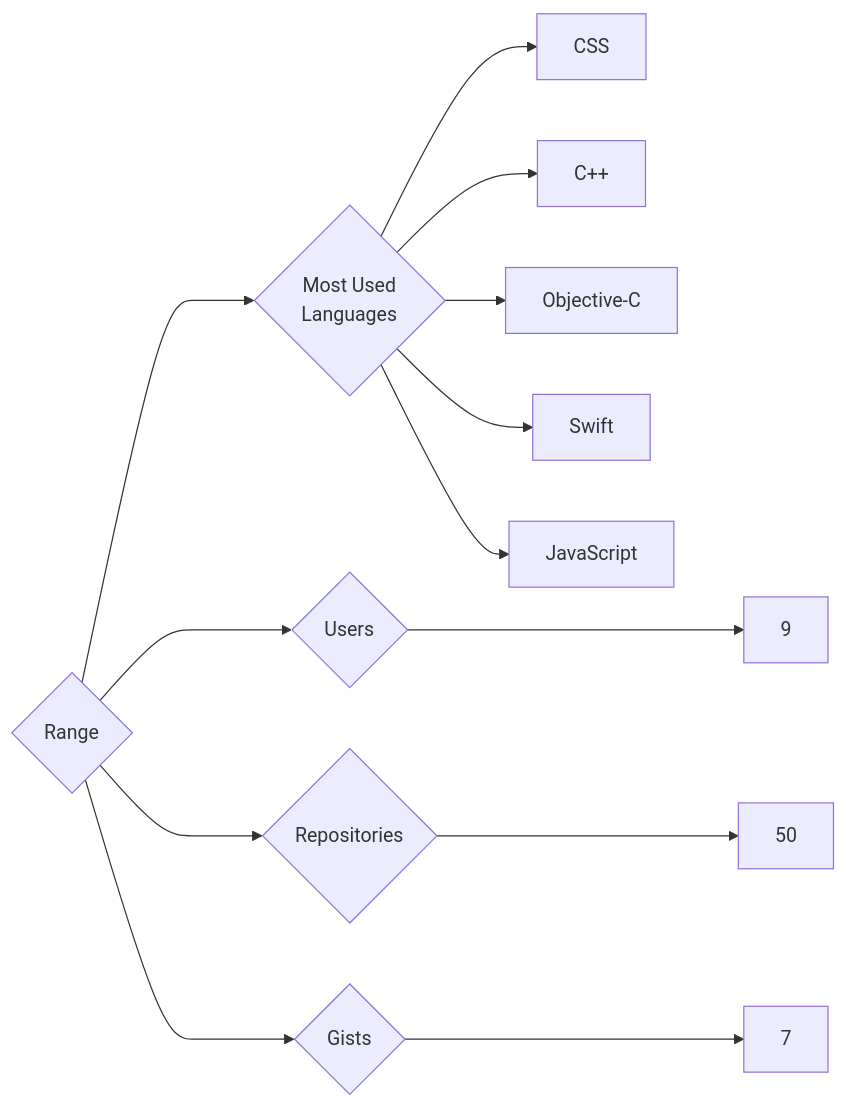
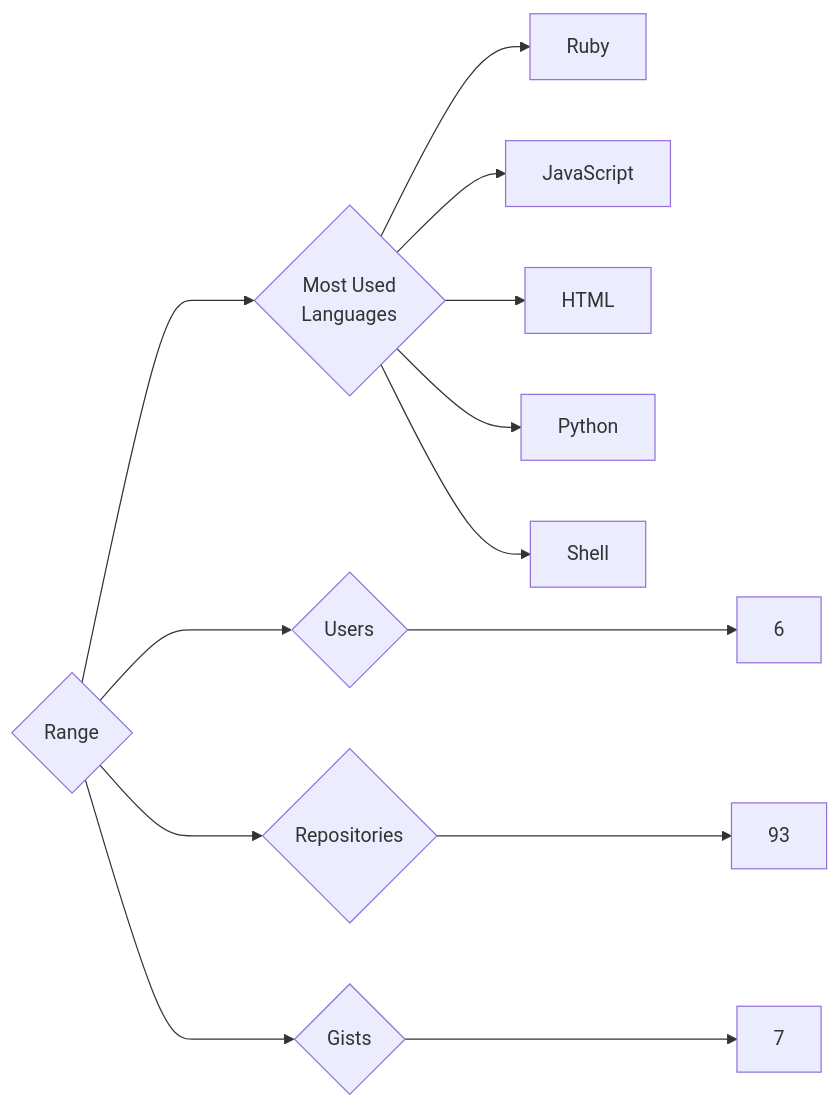
One commit to trickest/insiders changed the diagram in targets/Range/README.md. Above: the diagram before and after it, drawn with Mermaid. The commit also changed 1248 other files, not shown here.

````diff
--- a/targets/Range/README.md
+++ b/targets/Range/README.md
@@ -3,13 +3,13 @@
 ```mermaid
 graph LR
 COMPANY_NAME{Range}
-COMPANY_NAME ---> U{Users} ---> UN[9]
-COMPANY_NAME ---> R{Repositories} ---> RN[50]
+COMPANY_NAME ---> U{Users} ---> UN[6]
+COMPANY_NAME ---> R{Repositories} ---> RN[93]
 COMPANY_NAME ---> G{Gists} ---> GN[7]
 COMPANY_NAME ---> ML{Most Used<br>Languages}
-ML --> CSS[CSS]
-ML --> C++[C++]
-ML --> Objective-C[Objective-C]
-ML --> Swift[Swift]
+ML --> Ruby[Ruby]
 ML --> JavaScript[JavaScript]
+ML --> HTML[HTML]
+ML --> Python[Python]
+ML --> Shell[Shell]
 ```
````
